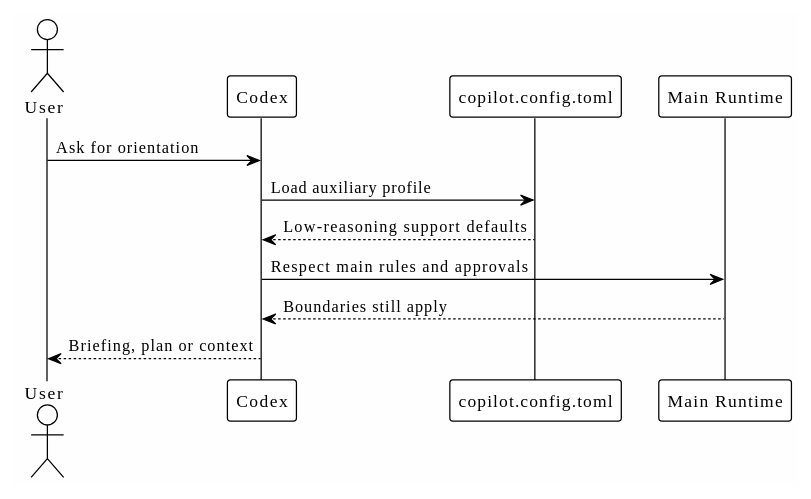
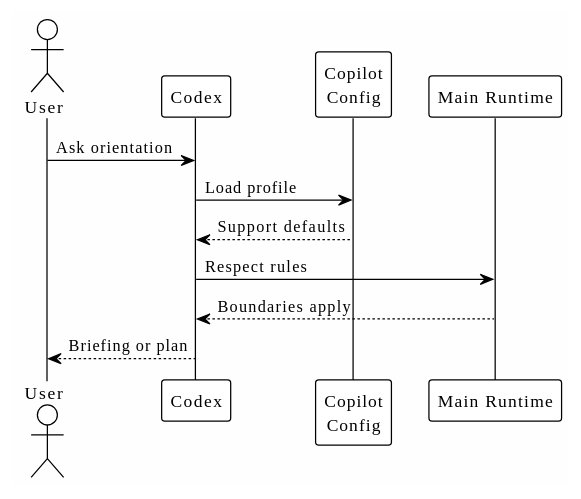
The diagram in docs/06-copilot-config.md (ivanhoinacki/codex-workflow-workbook), drawn with PlantUML before and after one commit. The commit also changed 1 other file, not shown here.

Commit message:
fix(playbook): improve copilot diagram rendering
- Shorten copilot.config.toml diagram labels to prevent overlap

- Constrain PlantUML images so flow diagrams render responsively

````diff
--- a/docs/06-copilot-config.md
+++ b/docs/06-copilot-config.md
@@ -28,18 +28,18 @@
 ```plantuml
 @startuml
 !theme plain
 skinparam backgroundColor #FEFEFE
 
 actor User
 participant Codex
-participant "copilot.config.toml" as Config
+participant "Copilot\nConfig" as Config
 participant "Main Runtime" as Runtime
 
-User -> Codex: Ask for orientation
-Codex -> Config: Load auxiliary profile
-Config --> Codex: Low-reasoning support defaults
-Codex -> Runtime: Respect main rules and approvals
-Runtime --> Codex: Boundaries still apply
-Codex --> User: Briefing, plan or context
+User -> Codex: Ask orientation
+Codex -> Config: Load profile
+Config --> Codex: Support defaults
+Codex -> Runtime: Respect rules
+Runtime --> Codex: Boundaries apply
+Codex --> User: Briefing or plan
 @enduml
 ```
````
